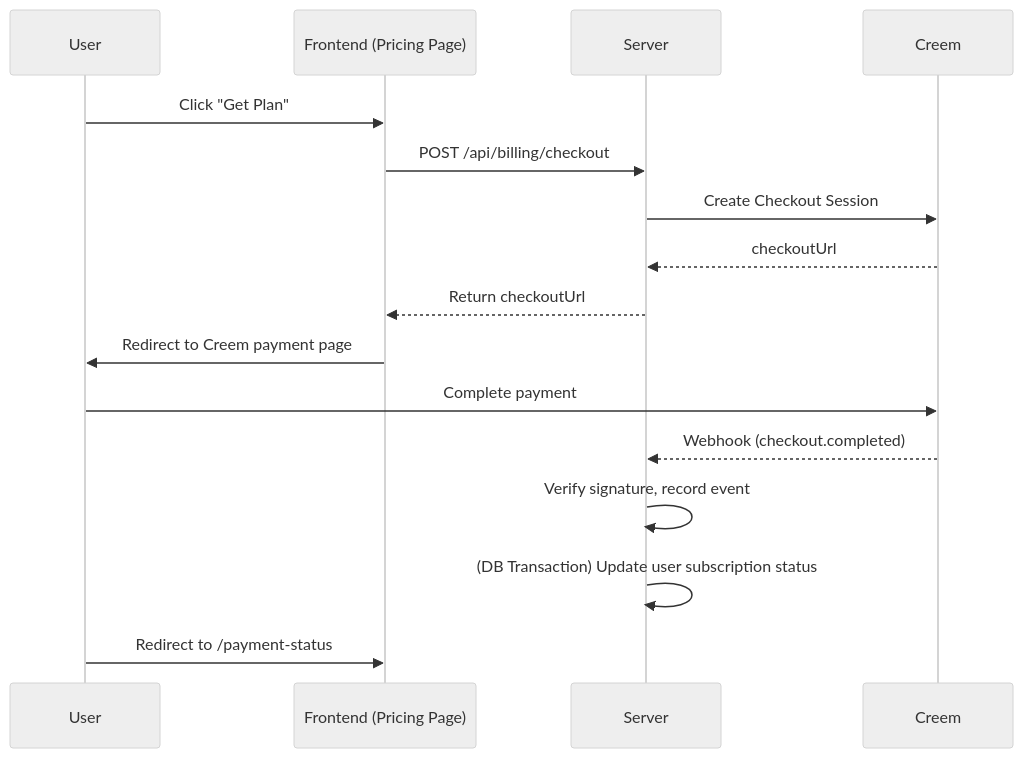
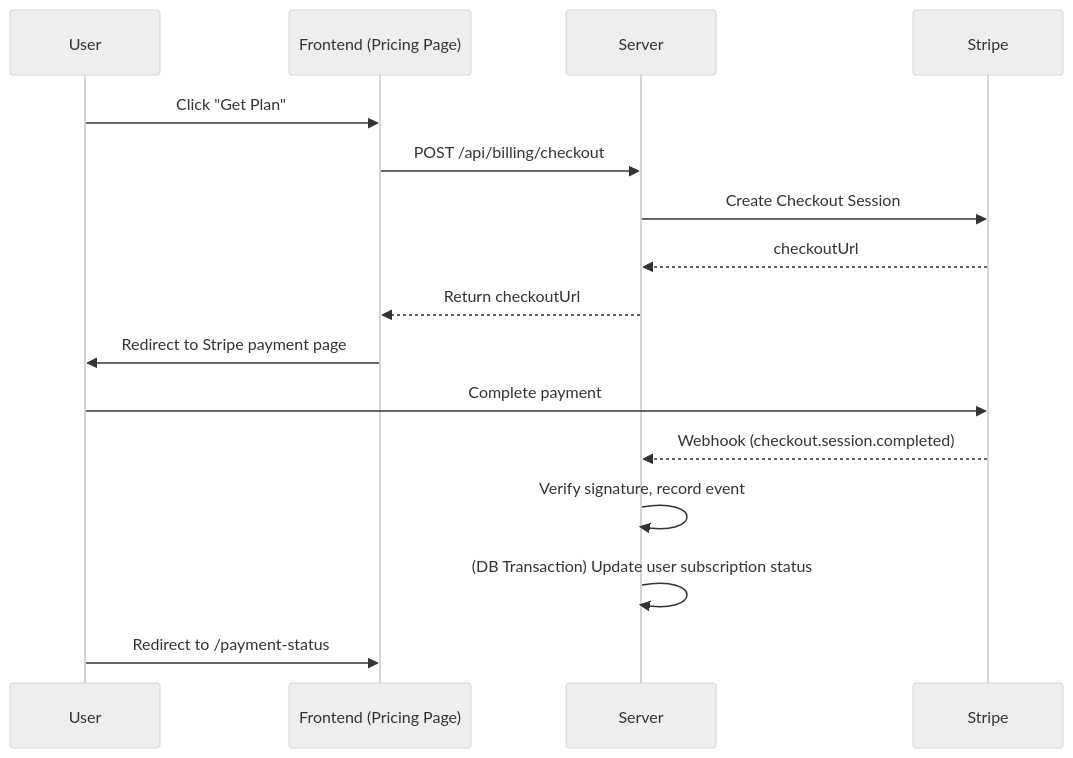
One commit to UllrAI/SaaS-Starter changed the third of 5 diagrams in content/blog/en/saas-starter-kit-developer-guide.md. Above: the diagram before and after it, drawn with Mermaid (neutral theme). The commit also changed other lines of this file and 93 other files, not shown here.

Commit message:
replace Creem billing with Stripe

````diff
--- a/content/blog/en/saas-starter-kit-developer-guide.md
+++ b/content/blog/en/saas-starter-kit-developer-guide.md
@@ -359,19 +359,19 @@
   ```mermaid
   sequenceDiagram
       participant User
       participant Client as Frontend (Pricing Page)
       participant Server as Server
-      participant Creem
+      participant Stripe
 
       User->>Client: Click "Get Plan"
       Client->>Server: POST /api/billing/checkout
-      Server->>Creem: Create Checkout Session
-      Creem-->>Server: checkoutUrl
+      Server->>Stripe: Create Checkout Session
+      Stripe-->>Server: checkoutUrl
       Server-->>Client: Return checkoutUrl
-      Client->>User: Redirect to Creem payment page
-      User->>Creem: Complete payment
-      Creem-->>Server: Webhook (checkout.completed)
+      Client->>User: Redirect to Stripe payment page
+      User->>Stripe: Complete payment
+      Stripe-->>Server: Webhook (checkout.session.completed)
       Server->>Server: Verify signature, record event
       Server->>Server: (DB Transaction) Update user subscription status
       User->>Client: Redirect to /payment-status
   ```
````
